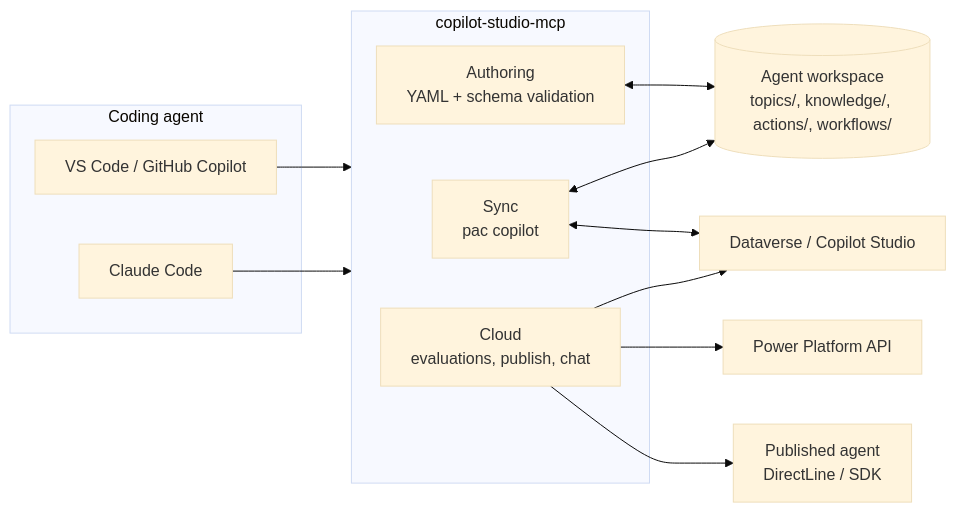
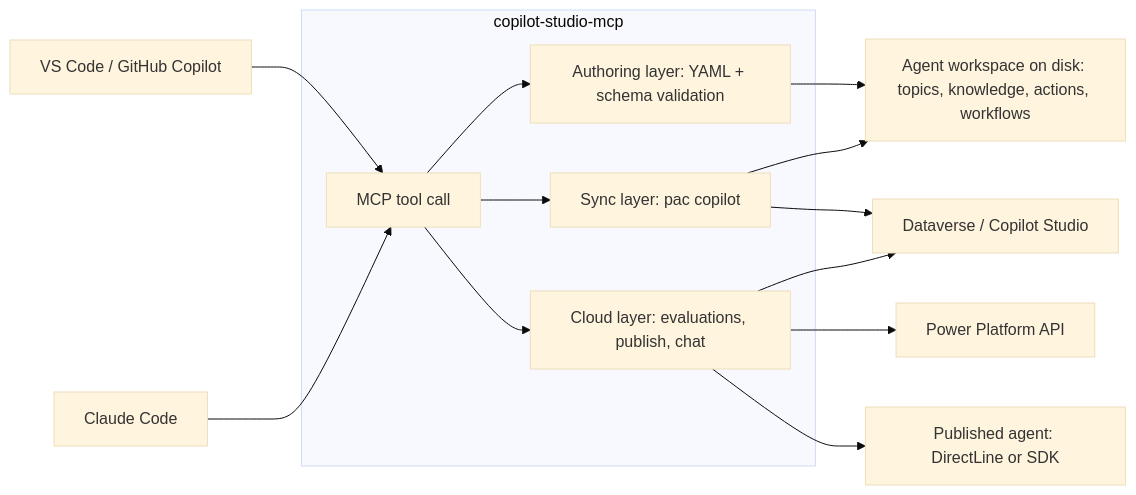
Before and after one commit to jgt87/copilot-studio-mcp: the first of 3 diagrams in README.md, drawn with Mermaid (base theme). The commit also changed other lines of this file and 3 other files, not shown here.

First line of the commit message:
Docs: map each flow step to its Copilot Studio action; GitHub-safe Mermaid; restore portable repowise entry

````diff
--- a/README.md
+++ b/README.md
@@ -263,25 +263,16 @@
 ```mermaid
 flowchart LR
-    subgraph Client["Coding agent"]
-        VS["VS Code / GitHub Copilot"]
-        CC["Claude Code"]
+    VS["VS Code / GitHub Copilot"] --> TOOLS
+    CC["Claude Code"] --> TOOLS
+    subgraph SERVER["copilot-studio-mcp"]
+        TOOLS["MCP tool call"] --> SYNC["Sync layer: pac copilot"]
+        TOOLS --> AUTH["Authoring layer: YAML + schema validation"]
+        TOOLS --> CLOUD["Cloud layer: evaluations, publish, chat"]
     end
-    subgraph MCP["copilot-studio-mcp"]
-        SYNC["Sync<br/>pac copilot"]
-        AUTH["Authoring<br/>YAML + schema validation"]
-        CLOUD["Cloud<br/>evaluations, publish, chat"]
-    end
-    WS[("Agent workspace<br/>topics/, knowledge/, actions/, workflows/")]
-    DV["Dataverse / Copilot Studio"]
-    PPAPI["Power Platform API"]
-    DL["Published agent<br/>DirectLine / SDK"]
-
-    VS --> MCP
-    CC --> MCP
-    AUTH <--> WS
-    SYNC <--> WS
-    SYNC <--> DV
-    CLOUD --> PPAPI
+    AUTH --> WS["Agent workspace on disk: topics, knowledge, actions, workflows"]
+    SYNC --> WS
+    SYNC --> DV["Dataverse / Copilot Studio"]
+    CLOUD --> PPAPI["Power Platform API"]
     CLOUD --> DV
-    CLOUD --> DL
+    CLOUD --> DL["Published agent: DirectLine or SDK"]
 ```
````
